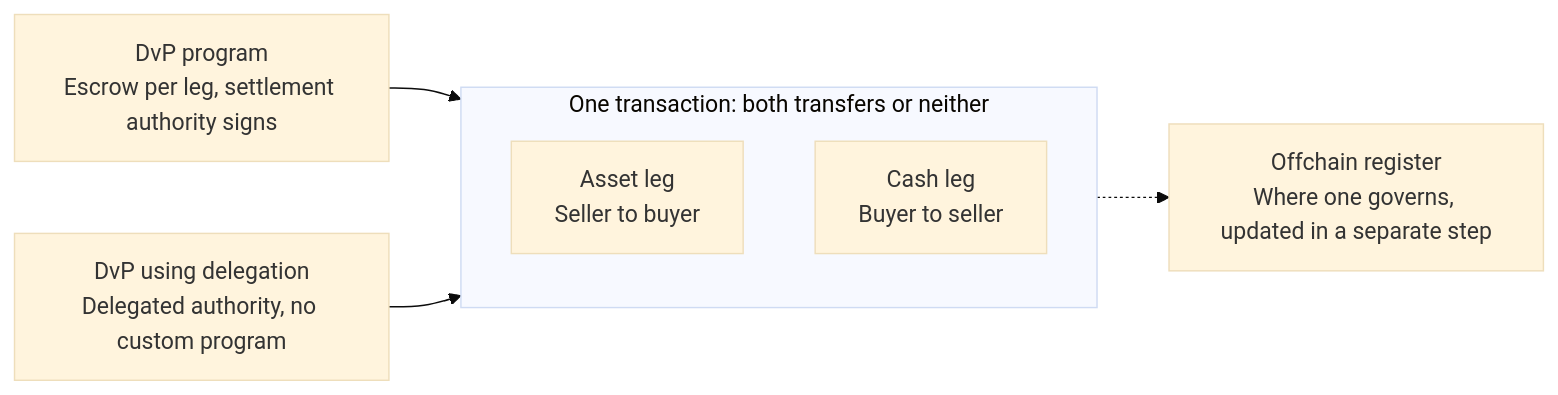
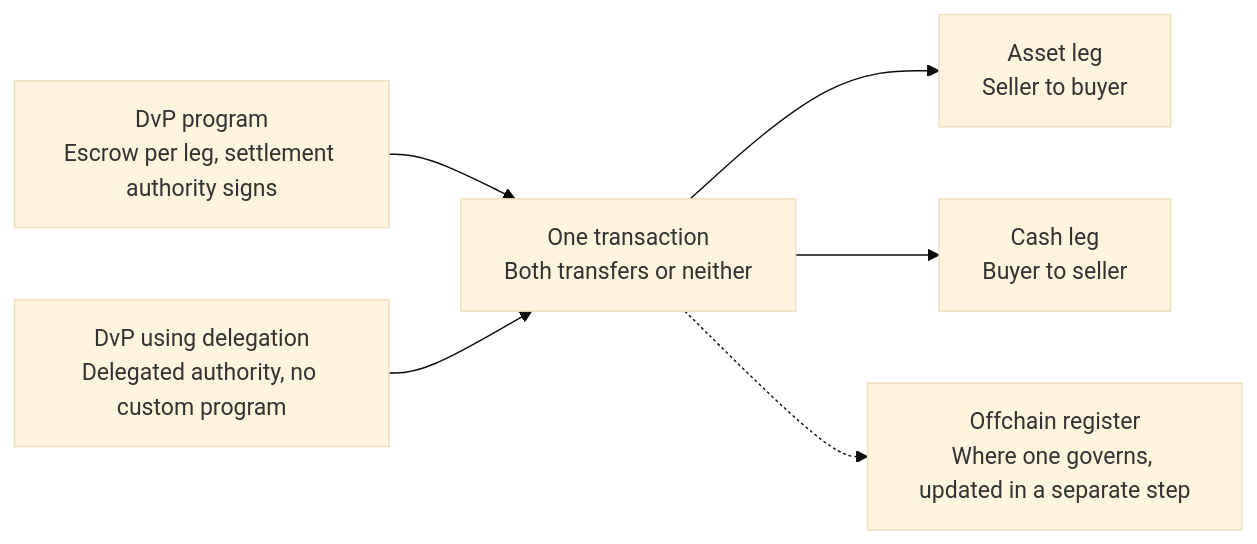
Before and after one commit to catmcgee/solana-com: the diagram in apps/docs/developers/docs/defi/cash-leg.mdx, drawn with Mermaid (base theme). The commit also changed other lines of this file and 116 other files, not shown here.

````diff
--- a/apps/docs/developers/docs/defi/cash-leg.mdx
+++ b/apps/docs/developers/docs/defi/cash-leg.mdx
@@ -46,13 +46,11 @@
 ```mermaid
 flowchart LR
   accTitle: Two patterns that settle both legs in one transaction
   accDescr: The DvP program and the delegation pattern both move the asset leg and the cash leg in one transaction, so both transfers take effect or neither does. Where an offchain register governs, it is updated in a separate step.
-  P1["DvP program<br/>Escrow per leg, settlement authority signs"] --> TX
+  P1["DvP program<br/>Escrow per leg, settlement authority signs"] --> TX["One transaction<br/>Both transfers or neither"]
   P2["DvP using delegation<br/>Delegated authority, no custom program"] --> TX
-  subgraph TX["One transaction: both transfers or neither"]
-    L1["Asset leg<br/>Seller to buyer"]
-    L2["Cash leg<br/>Buyer to seller"]
-  end
+  TX --> L1["Asset leg<br/>Seller to buyer"]
+  TX --> L2["Cash leg<br/>Buyer to seller"]
   TX -.-> R["Offchain register<br/>Where one governs, updated in a separate step"]
   class TX focal
 ```
````
